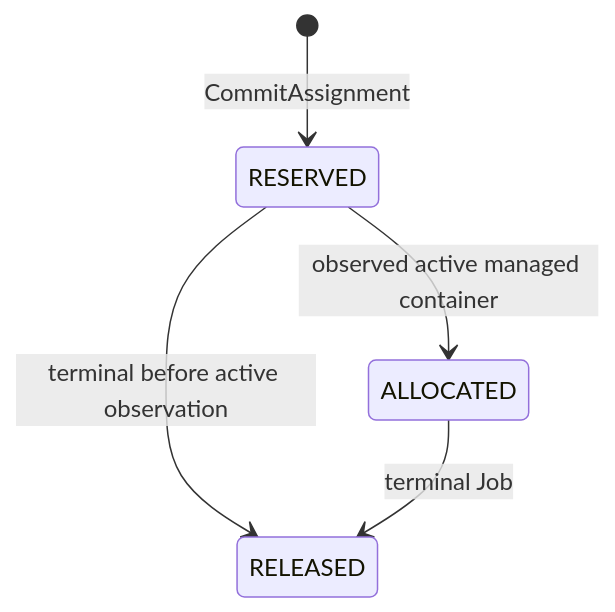
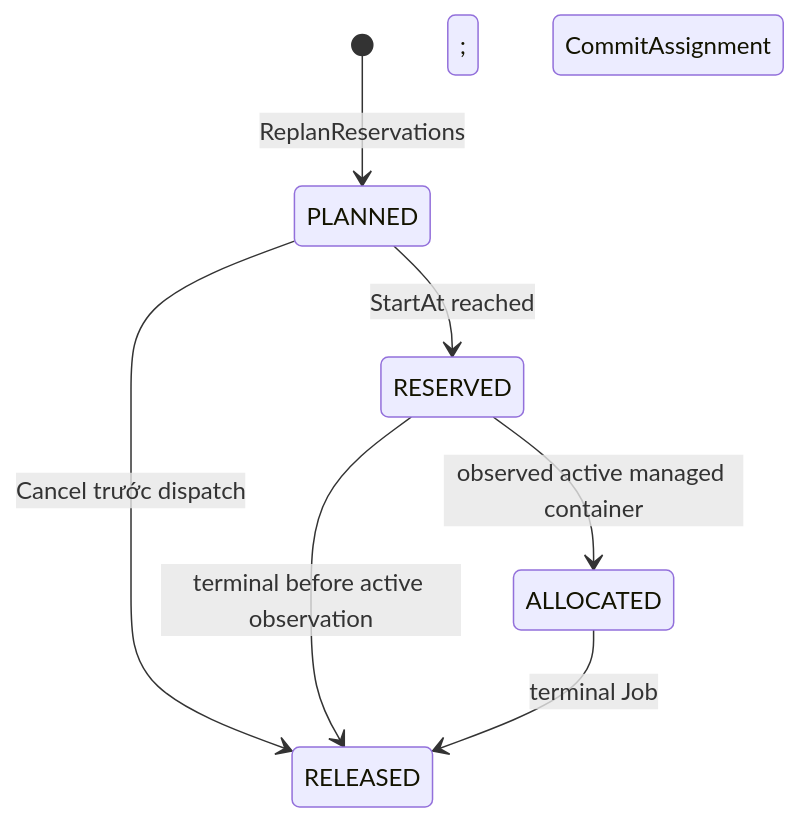
The fourth of 5 diagrams in docs/DOMAIN_MODEL.md (NgocDungK68/docker-gpu-server-platform), drawn with Mermaid before and after one commit. The commit also changed other lines of this file and 33 other files, not shown here.

```diff
--- a/docs/DOMAIN_MODEL.md
+++ b/docs/DOMAIN_MODEL.md
@@ -410,7 +435,9 @@
 ~~~mermaid
 stateDiagram-v2
-    [*] --> RESERVED: CommitAssignment
+    [*] --> PLANNED: ReplanReservations
+    PLANNED --> RESERVED: StartAt reached; CommitAssignment
+    PLANNED --> RELEASED: Cancel trước dispatch
     RESERVED --> ALLOCATED: observed active managed container
     RESERVED --> RELEASED: terminal before active observation
     ALLOCATED --> RELEASED: terminal Job
 ~~~
```
